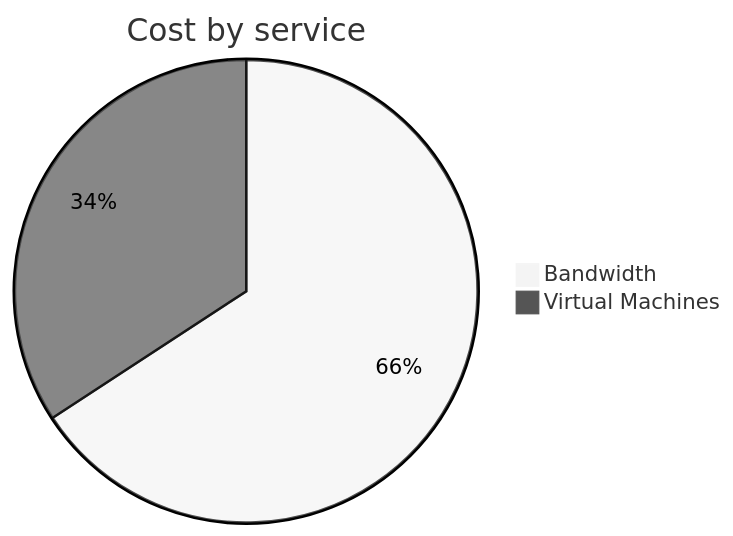
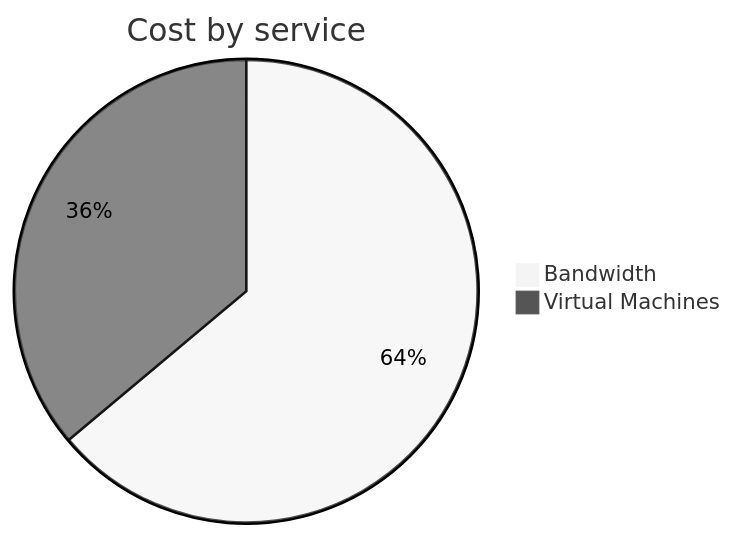
Before and after one commit to jpfulton/azure-personal-reports: the second of 4 diagrams in cost-reports/personal-network/vpn-server.md, drawn with Mermaid (neutral theme). The commit also changed other lines of this file and 8 other files, not shown here.

````diff
--- a/cost-reports/personal-network/vpn-server.md
+++ b/cost-reports/personal-network/vpn-server.md
@@ -96,6 +96,6 @@
 ```mermaid
 pie
    title Cost by service
-   "Bandwidth" : 2.48
-   "Virtual Machines" : 1.29
+   "Bandwidth" : 2.62
+   "Virtual Machines" : 1.48
 ```
````
